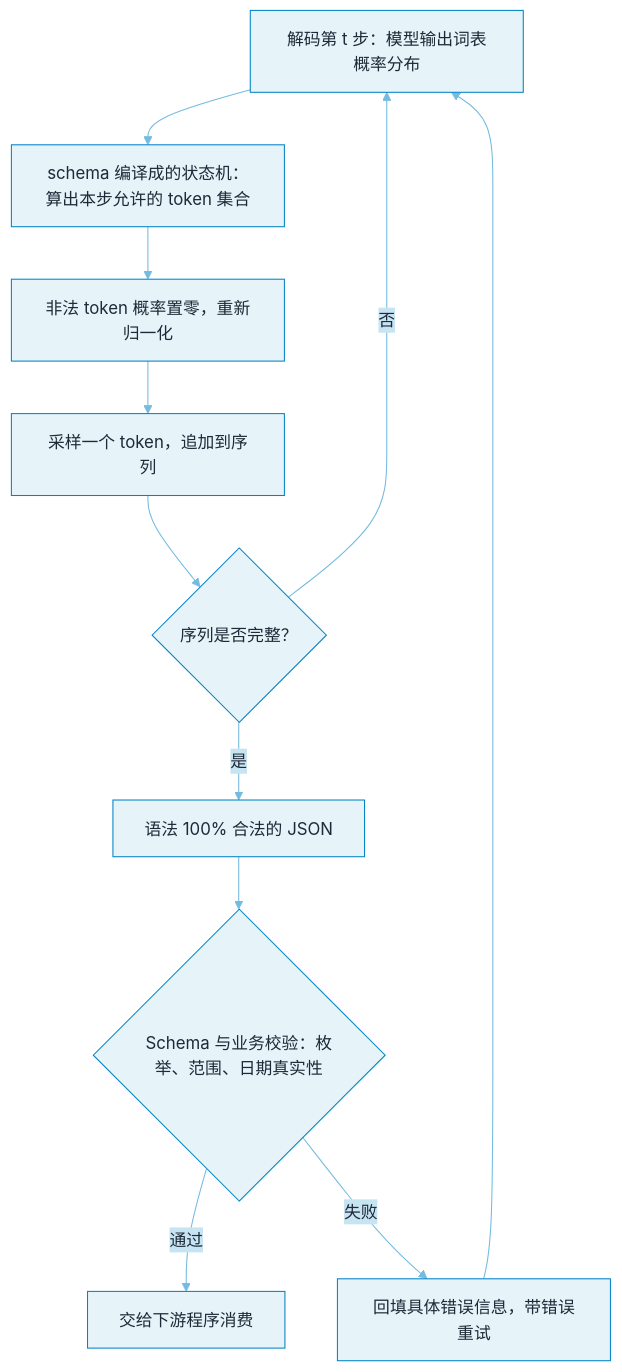
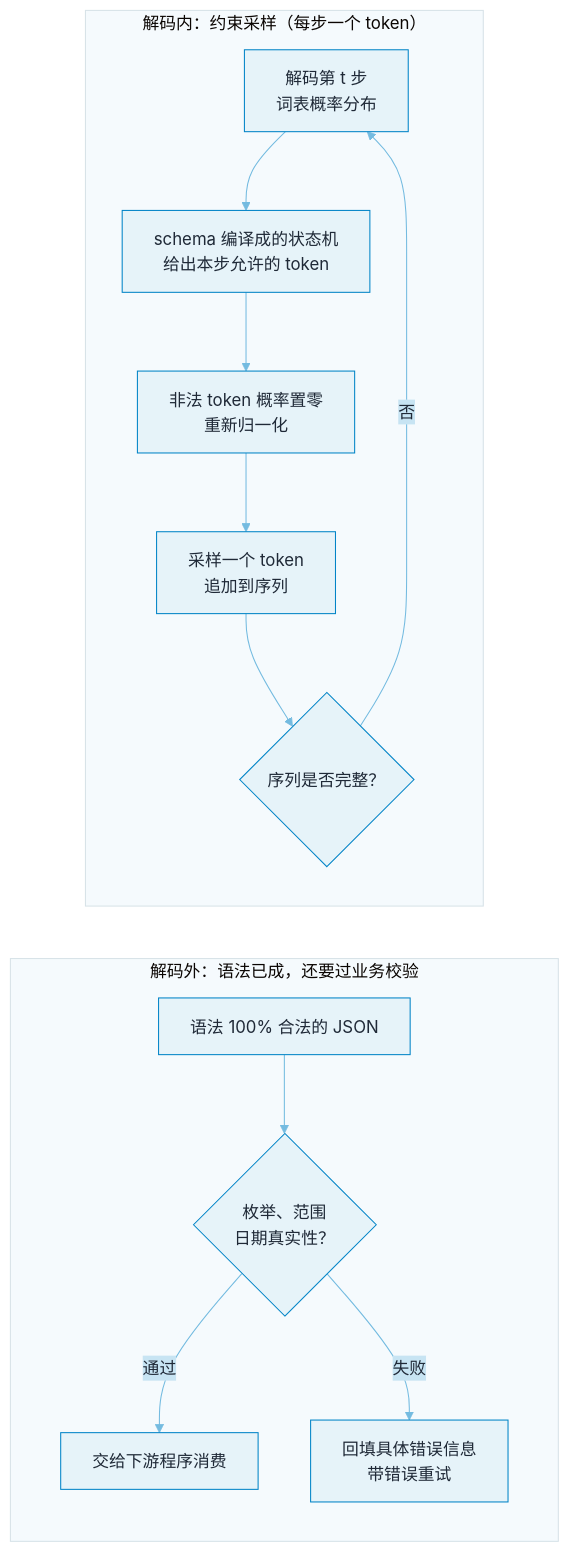
One commit to funny8kids/ai-agent-handbook changed the diagram in docs/04-prompt-reasoning/structured-output.md. Above: the diagram before and after it, drawn with Mermaid. The commit also changed other lines of this file and 45 other files, not shown here.

First line of the commit message:
Thicken 12 thin pages, clear 25 over-width diagrams, re-proportion 10 thin-ribbon diagrams

````diff
--- a/docs/04-prompt-reasoning/structured-output.md
+++ b/docs/04-prompt-reasoning/structured-output.md
@@ -66,14 +66,16 @@
 ```mermaid
 %%{init: {"theme":"base","themeVariables":{"primaryColor":"#E6F3F9","primaryBorderColor":"#0284C7","primaryTextColor":"#1F2937","secondaryColor":"#C7E4F3","tertiaryColor":"#F5FAFD","lineColor":"#74BBE0","actorBkg":"#EBF5FB","actorBorder":"#0284C7","actorTextColor":"#1F2937","signalColor":"#4EA9D8","noteBkgColor":"#D1E9F5","noteBorderColor":"#0284C7","noteTextColor":"#1F2937","labelBoxBkgColor":"#E6F3F9","labelBoxBorderColor":"#0284C7"}}}%%
-flowchart TD
-    A["解码第 t 步：模型输出词表概率分布"] --> B["schema 编译成的状态机：算出本步允许的 token 集合"]
-    B --> C["非法 token 概率置零，重新归一化"]
-    C --> D["采样一个 token，追加到序列"]
+flowchart LR
+  subgraph VAL["解码外：语法已成，还要过业务校验"]
+    F["语法 100% 合法的 JSON"] --> G{"枚举、范围<br/>日期真实性？"}
+    G -->|"通过"| H["交给下游程序消费"]
+    G -->|"失败"| I["回填具体错误信息<br/>带错误重试"]
+  end
+  subgraph DEC["解码内：约束采样（每步一个 token）"]
+    A["解码第 t 步<br/>词表概率分布"] --> B["schema 编译成的状态机<br/>给出本步允许的 token"]
+    B --> C["非法 token 概率置零<br/>重新归一化"]
+    C --> D["采样一个 token<br/>追加到序列"]
     D --> E{"序列是否完整？"}
     E -->|"否"| A
-    E -->|"是"| F["语法 100% 合法的 JSON"]
-    F --> G{"Schema 与业务校验：枚举、范围、日期真实性"}
-    G -->|"通过"| H["交给下游程序消费"]
-    G -->|"失败"| I["回填具体错误信息，带错误重试"]
-    I --> A
+  end
 ```
````
